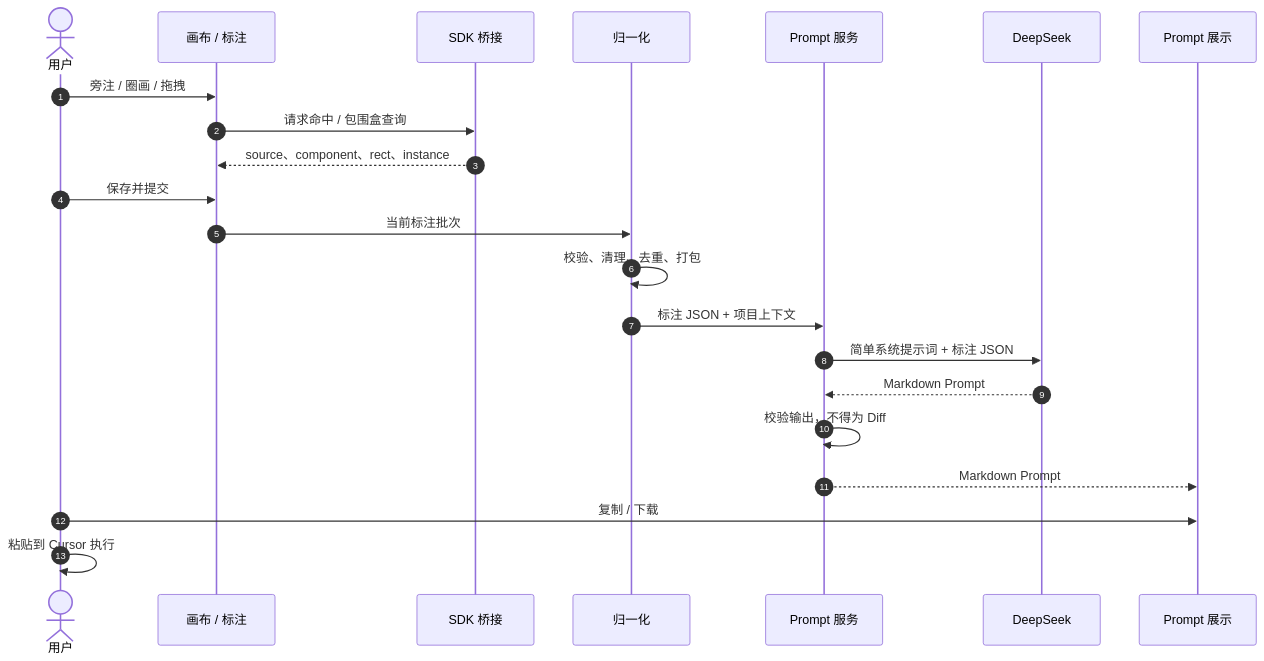
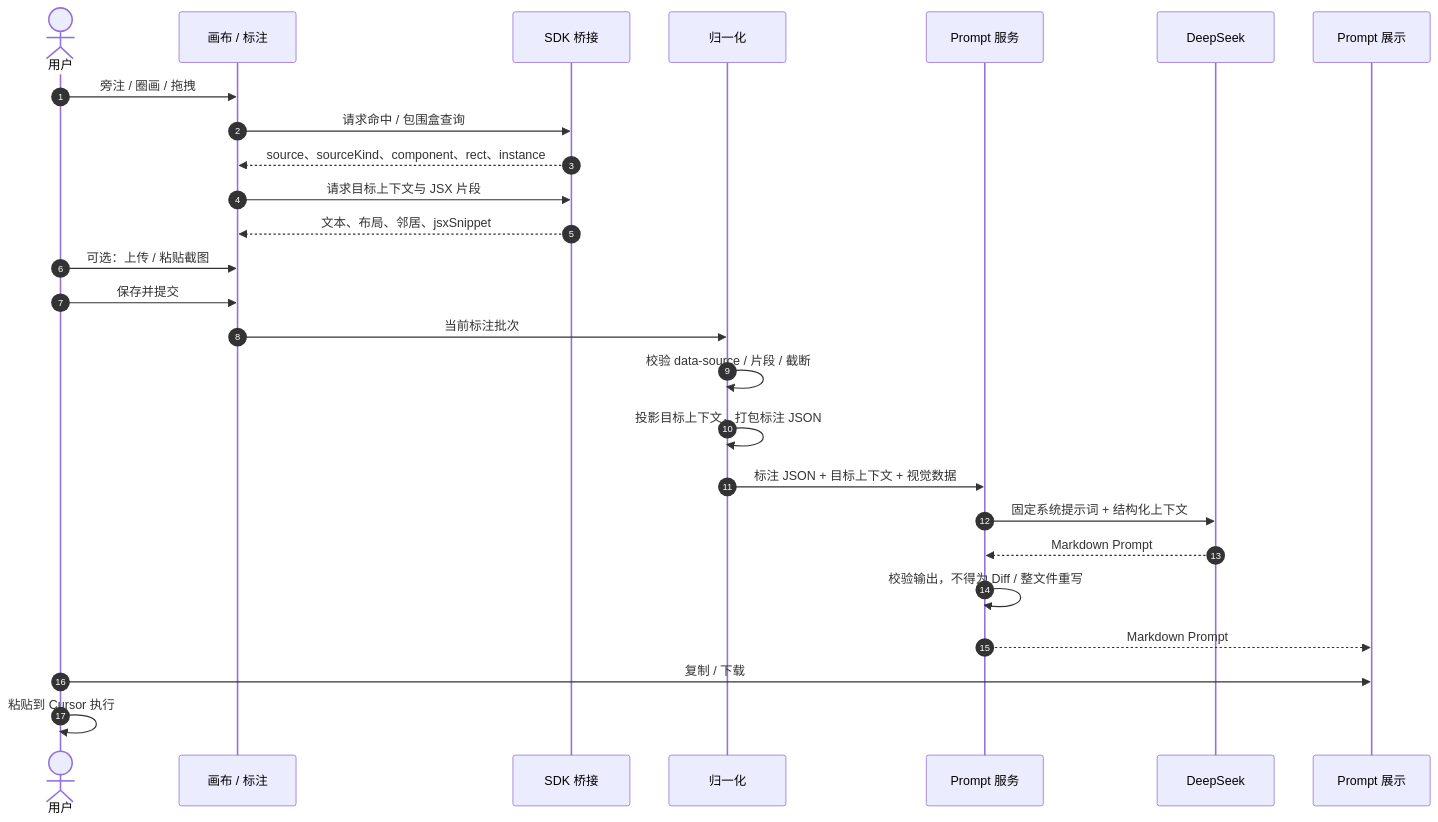
Before and after one commit to Cai199999/vibe-app: the fourth of 5 diagrams in docs/design/01.功能模块梳理.md, drawn with Mermaid. The commit also changed other lines of this file and 5 other files, not shown here.

````diff
--- a/docs/design/01.功能模块梳理.md
+++ b/docs/design/01.功能模块梳理.md
@@ -531,25 +600,29 @@
 ```mermaid
 sequenceDiagram
     autonumber
     actor U as 用户
     participant C as 画布 / 标注
     participant B as SDK 桥接
     participant N as 归一化
     participant API as Prompt 服务
     participant DS as DeepSeek
     participant UI as Prompt 展示
 
     U->>C: 旁注 / 圈画 / 拖拽
     C->>B: 请求命中 / 包围盒查询
-    B-->>C: source、component、rect、instance
+    B-->>C: source、sourceKind、component、rect、instance
+    C->>B: 请求目标上下文与 JSX 片段
+    B-->>C: 文本、布局、邻居、jsxSnippet
+    U->>C: 可选：上传 / 粘贴截图
     U->>C: 保存并提交
     C->>N: 当前标注批次
-    N->>N: 校验、清理、去重、打包
-    N->>API: 标注 JSON + 项目上下文
-    API->>DS: 简单系统提示词 + 标注 JSON
+    N->>N: 校验 data-source / 片段 / 截断
+    N->>N: 投影目标上下文，打包标注 JSON
+    N->>API: 标注 JSON + 目标上下文 + 视觉数据
+    API->>DS: 固定系统提示词 + 结构化上下文
     DS-->>API: Markdown Prompt
-    API->>API: 校验输出，不得为 Diff
+    API->>API: 校验输出，不得为 Diff / 整文件重写
     API-->>UI: Markdown Prompt
     U->>UI: 复制 / 下载
     U->>U: 粘贴到 Cursor 执行
 ```
````
